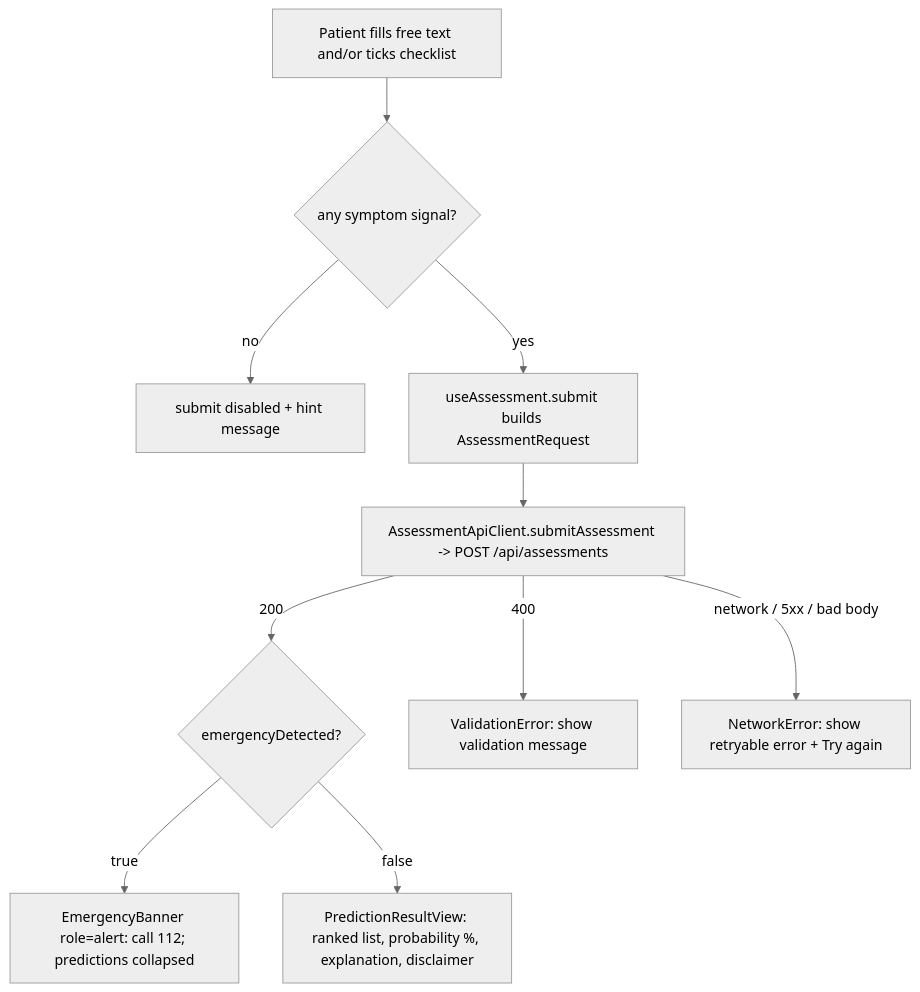
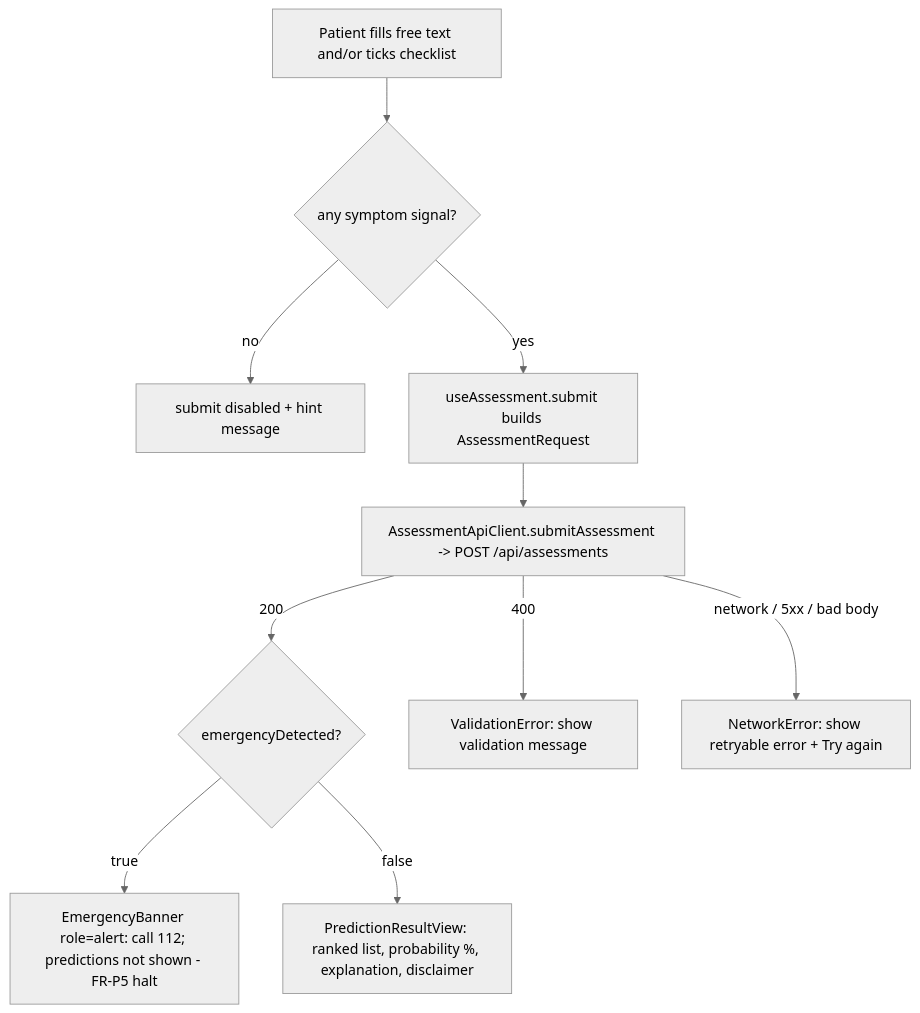
One commit to Disease-Prediction-ASET26/disease-prediction-fe changed the diagram in docs/diagrams/iteration3/submit_flow.mmd. Above: the diagram before and after it, drawn with Mermaid (neutral theme). The commit also changed 5 other files, not shown here.

First line of the commit message:
fix(web): halt predictions on the emergency path (FR-P5)

```diff
--- a/docs/diagrams/iteration3/submit_flow.mmd
+++ b/docs/diagrams/iteration3/submit_flow.mmd
@@ -1,10 +1,10 @@
 flowchart TD
     A[Patient fills free text and/or ticks checklist] --> B{any symptom signal?}
     B -->|no| C[submit disabled + hint message]
     B -->|yes| D[useAssessment.submit builds AssessmentRequest]
     D --> E[AssessmentApiClient.submitAssessment -> POST /api/assessments]
     E -->|200| F{emergencyDetected?}
     E -->|400| G[ValidationError: show validation message]
     E -->|network / 5xx / bad body| H[NetworkError: show retryable error + Try again]
-    F -->|true| I[EmergencyBanner role=alert: call 112; predictions collapsed]
+    F -->|true| I[EmergencyBanner role=alert: call 112; predictions not shown - FR-P5 halt]
     F -->|false| J[PredictionResultView: ranked list, probability %, explanation, disclaimer]
```
